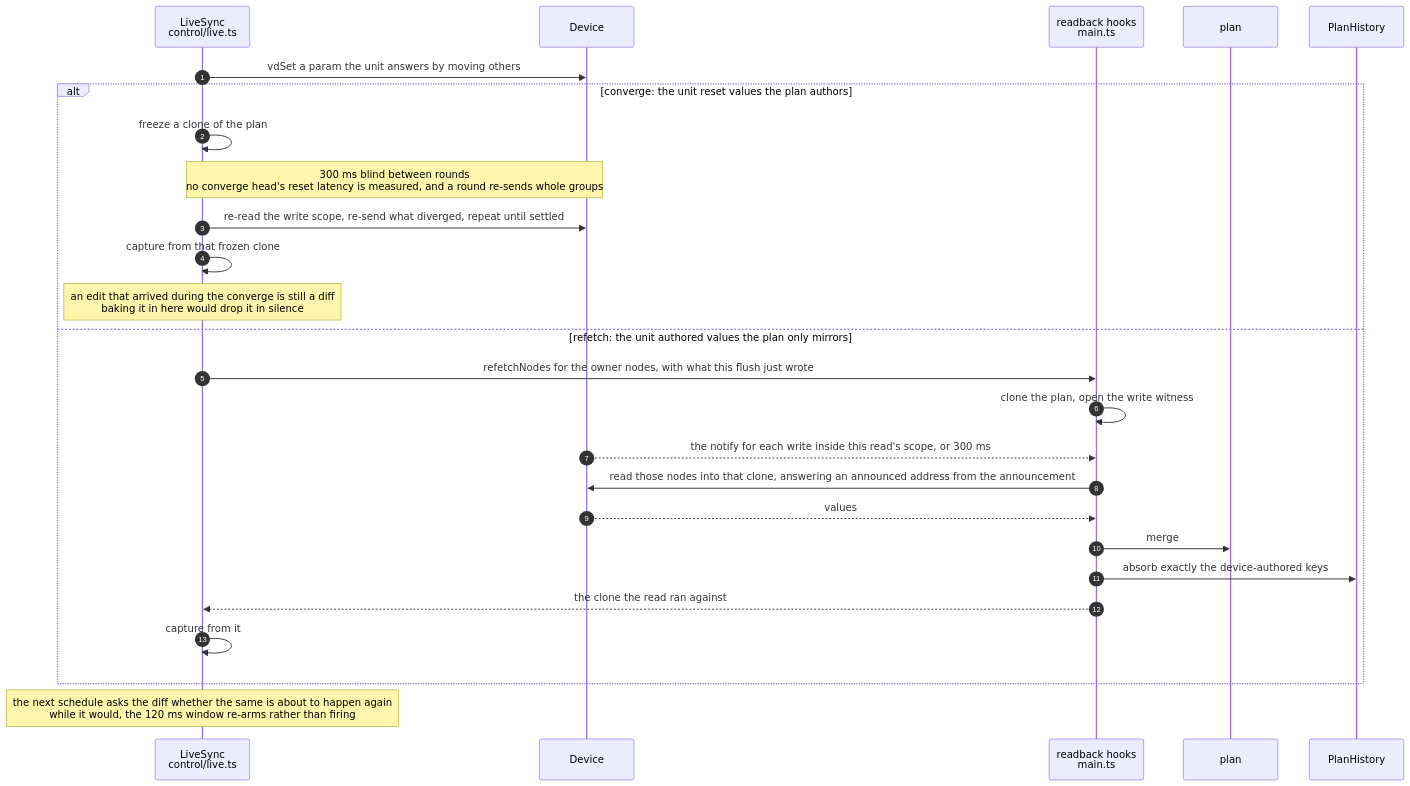
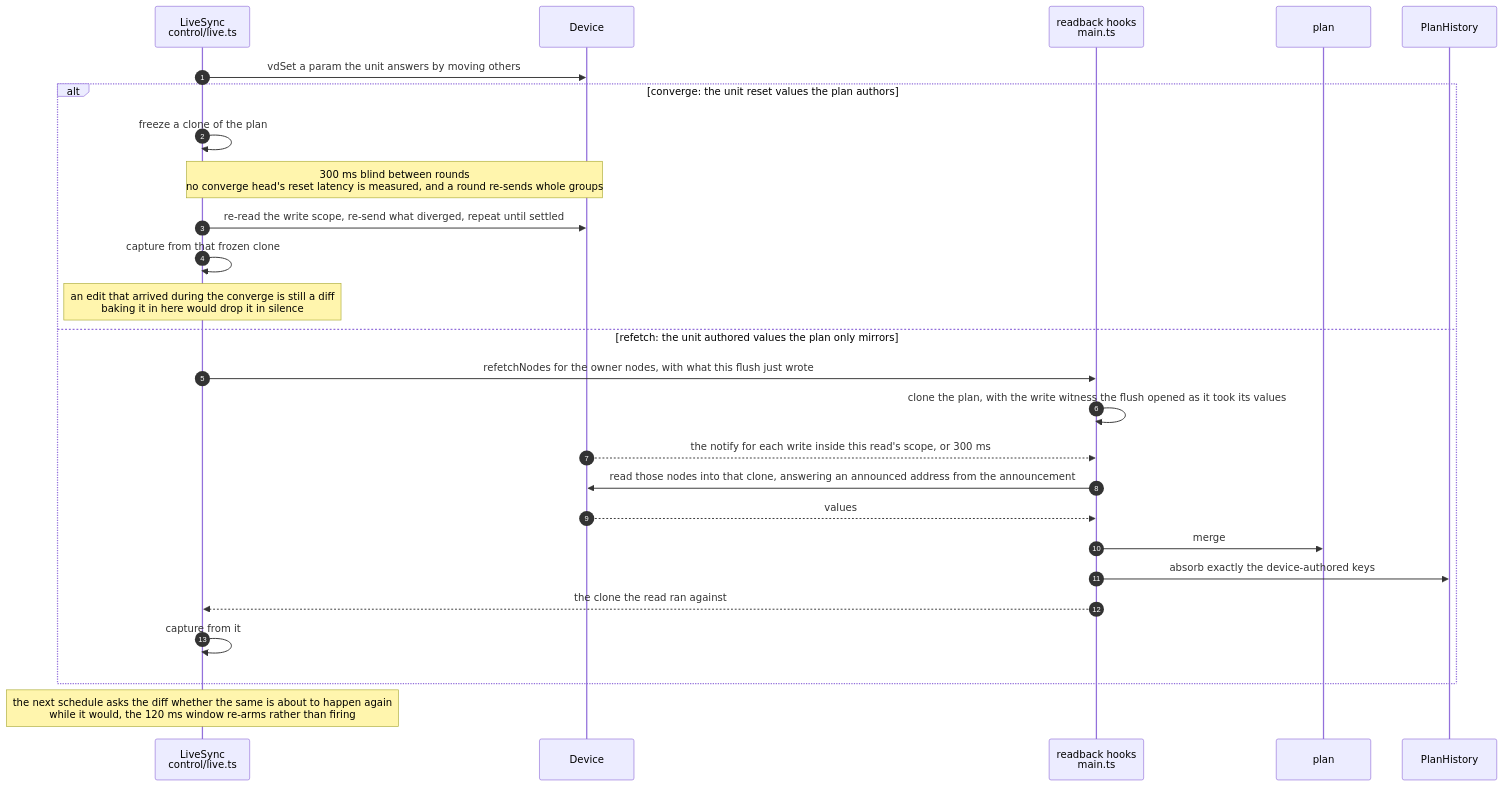
Before and after one commit to semnil/urx-router: the fourth of 5 diagrams in docs/en/architecture.md, drawn with Mermaid. The commit also changed other lines of this file and 8 other files, not shown here.

````diff
--- a/docs/en/architecture.md
+++ b/docs/en/architecture.md
@@ -2178,29 +2178,29 @@
 ```mermaid
 sequenceDiagram
   autonumber
   participant L as LiveSync<br/>control/live.ts
   participant D as Device
   participant H as readback hooks<br/>main.ts
   participant P as plan
   participant HI as PlanHistory
 
   L->>D: vdSet a param the unit answers by moving others
   alt converge: the unit reset values the plan authors
     L->>L: freeze a clone of the plan
     Note over L,D: 300 ms blind between rounds<br/>no converge head's reset latency is measured, and a round re-sends whole groups
     L->>D: re-read the write scope, re-send what diverged, repeat until settled
     L->>L: capture from that frozen clone
     Note over L: an edit that arrived during the converge is still a diff<br/>baking it in here would drop it in silence
   else refetch: the unit authored values the plan only mirrors
     L->>H: refetchNodes for the owner nodes, with what this flush just wrote
-    H->>H: clone the plan, open the write witness
+    H->>H: clone the plan, with the write witness the flush opened as it took its values
     D-->>H: the notify for each write inside this read's scope, or 300 ms
     H->>D: read those nodes into that clone, answering an announced address from the announcement
     D-->>H: values
     H->>P: merge
     H->>HI: absorb exactly the device-authored keys
     H-->>L: the clone the read ran against
     L->>L: capture from it
   end
   Note over L: the next schedule asks the diff whether the same is about to happen again<br/>while it would, the 120 ms window re-arms rather than firing
 ```
````
